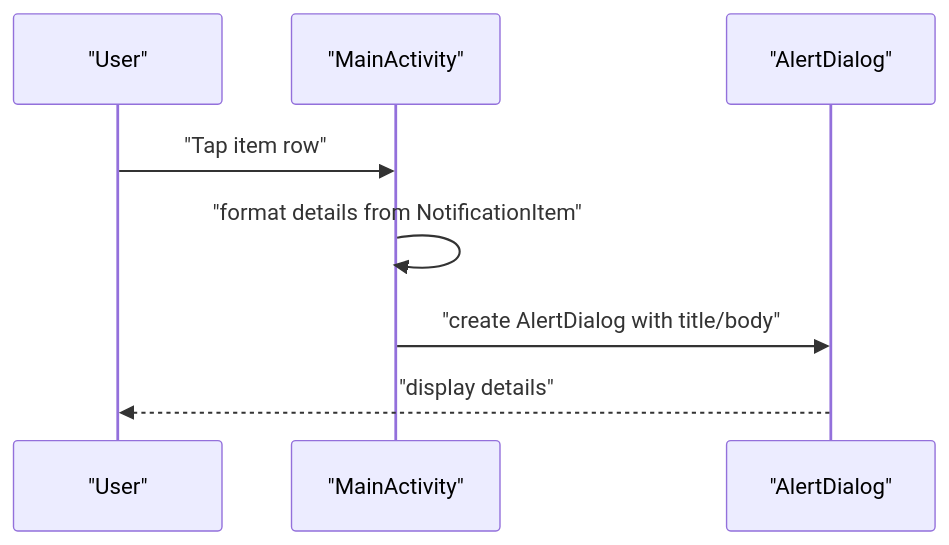
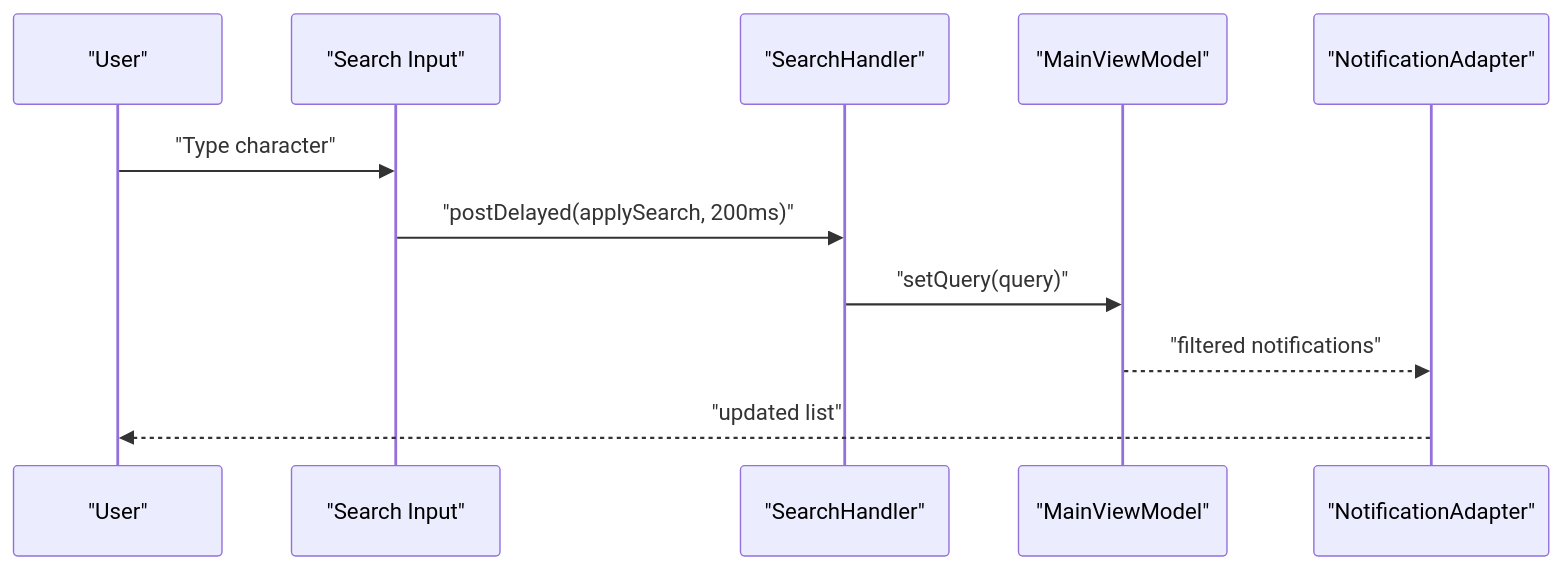
One commit to caldefoc/NotificationLog changed the seventh of 8 diagrams in .qoder/repowiki/en/content/Architecture Overview/UI Components.md. Above: the diagram before and after it, drawn with Mermaid. The commit also changed other lines of this file and 13 other files, not shown here.

````diff
--- a/.qoder/repowiki/en/content/Architecture Overview/UI Components.md
+++ b/.qoder/repowiki/en/content/Architecture Overview/UI Components.md
@@ -244,10 +258,13 @@
 ```mermaid
 sequenceDiagram
 participant U as "User"
-participant A as "MainActivity"
-participant D as "AlertDialog"
-U->>A : "Tap item row"
-A->>A : "format details from NotificationItem"
-A->>D : "create AlertDialog with title/body"
-D-->>U : "display details"
+participant SI as "Search Input"
+participant SH as "SearchHandler"
+participant VM as "MainViewModel"
+participant AD as "NotificationAdapter"
+U->>SI : "Type character"
+SI->>SH : "postDelayed(applySearch, 200ms)"
+SH->>VM : "setQuery(query)"
+VM-->>AD : "filtered notifications"
+AD-->>U : "updated list"
 ```
````
